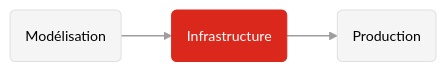
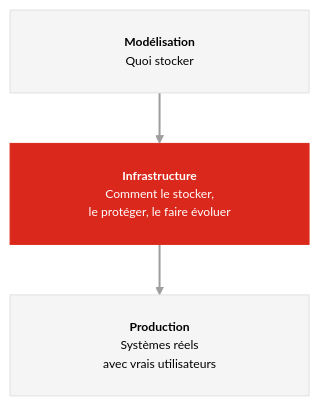
The diagram in cours/01-introduction.md (MediaComem/comem-infradon), drawn with Mermaid before and after one commit. The commit also changed other lines of this file and 10 other files, not shown here.

Commit message:
books, schema

````diff
--- a/cours/01-introduction.md
+++ b/cours/01-introduction.md
@@ -88,12 +89,12 @@
-```mermaid {scale: 0.8}
-%%{init: {'theme': 'base', 'themeVariables': {'primaryColor': '#f5f5f5', 'primaryTextColor': '#000', 'primaryBorderColor': '#e0e0e0', 'lineColor': '#9e9e9e', 'fontFamily': 'Roboto', 'fontSize': '14px', 'nodeBorder': '1px', 'nodeRadius': '8px'}}}%%
-graph LR
-    A(Modélisation) --> B(Infrastructure)
-    B --> C(Production)
+```mermaid {scale: 0.75}
+%%{init: {'theme': 'base', 'themeVariables': {'primaryColor': '#f5f5f5', 'primaryTextColor': '#000', 'primaryBorderColor': '#e0e0e0', 'lineColor': '#9e9e9e', 'fontFamily': 'Roboto Mono', 'fontSize': '12px'}, 'flowchart': {'htmlLabels': true, 'useMaxWidth': false}}}%%
+graph TB
+    A["<div style='min-width:220px;text-align:center;padding:8px'><strong>Modélisation</strong><br/>Quoi stocker</div>"] --> B["<div style='min-width:220px;text-align:center;padding:8px'><strong>Infrastructure</strong><br/>Comment le stocker,<br/>le protéger, le faire évoluer</div>"]
+    B --> C["<div style='min-width:220px;text-align:center;padding:8px'><strong>Production</strong><br/>Systèmes réels<br/>avec vrais utilisateurs</div>"]
 
     style A fill:#f5f5f5,stroke:#e0e0e0,color:#000
     style B fill:#DA291C,stroke:#DA291C,color:#fff
     style C fill:#f5f5f5,stroke:#e0e0e0,color:#000
 
-    linkStyle default stroke:#9e9e9e,stroke-width:1.5px
+    linkStyle default stroke:#9e9e9e,stroke-width:2px
 ```
````
